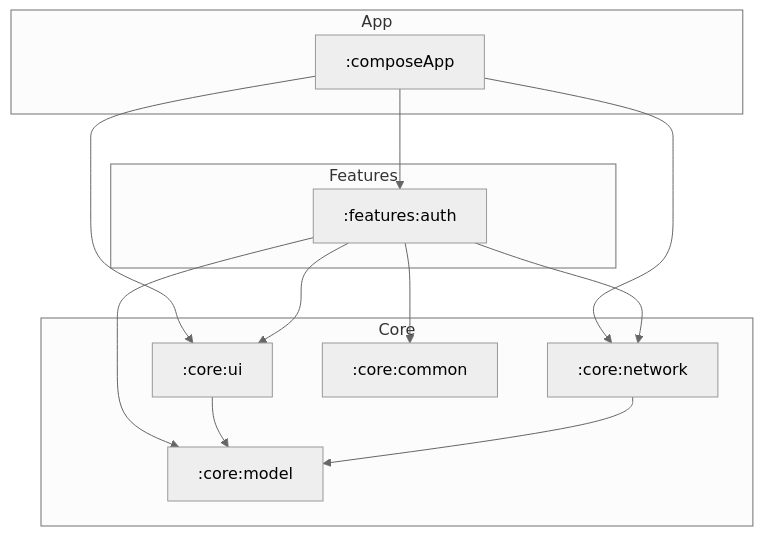
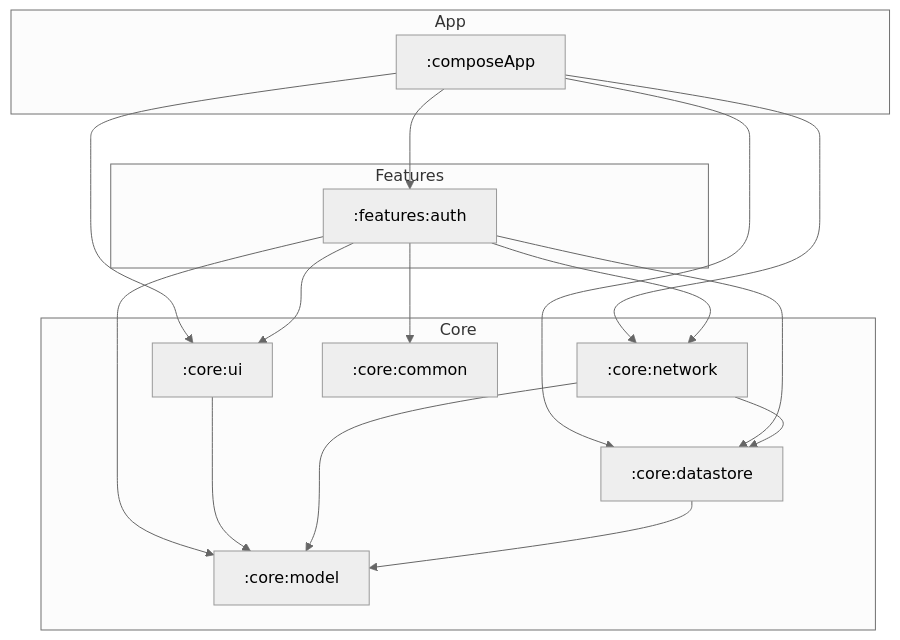
Before and after one commit to iolandarosa7/retail-hub: the diagram in README.md, drawn with Mermaid (neutral theme). The commit also changed other lines of this file and 5 other files, not shown here.

````diff
--- a/README.md
+++ b/README.md
@@ -22,29 +22,34 @@
 ```mermaid
 flowchart TD
     subgraph App
         composeApp[":composeApp"]
     end
 
     subgraph Features
         auth[":features:auth"]
     end
 
     subgraph Core
         ui[":core:ui"]
         network[":core:network"]
+        datastore[":core:datastore"]
         model[":core:model"]
         common[":core:common"]
     end
 
     composeApp --> auth
     composeApp --> ui
     composeApp --> network
+    composeApp --> datastore
 
     auth --> ui
     auth --> network
+    auth --> datastore
     auth --> model
     auth --> common
 
     ui --> model
     network --> model
+    network --> datastore
+    datastore --> model
 ```
````
